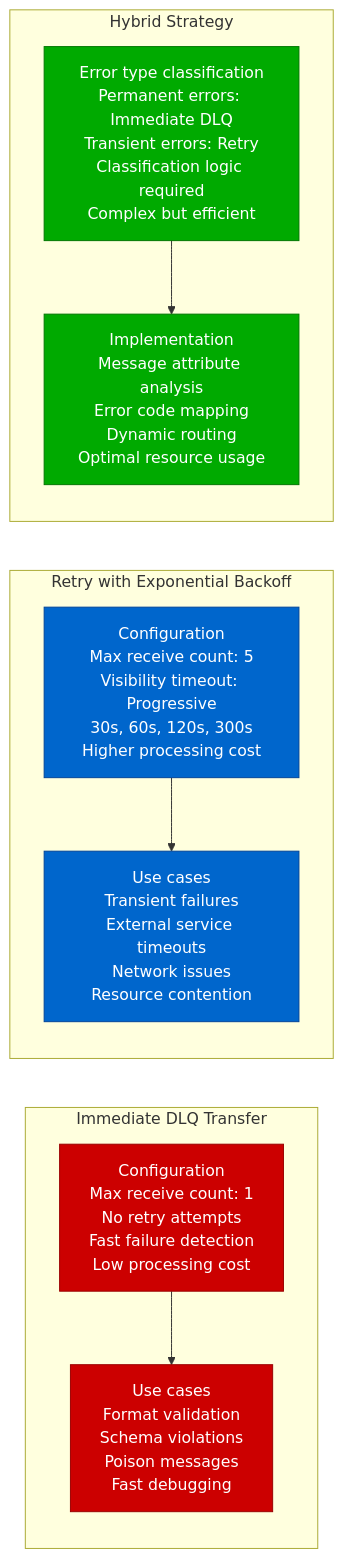
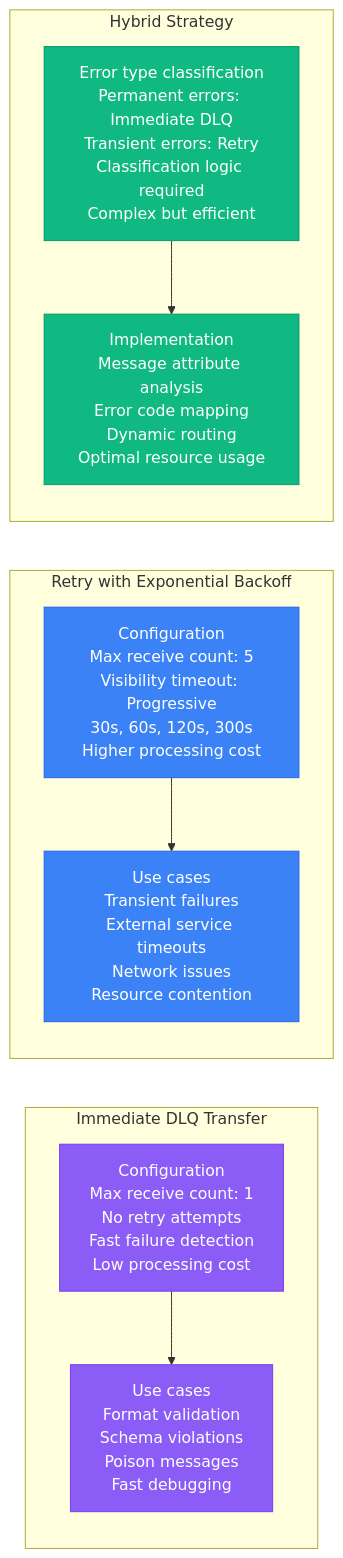
The ninth of 13 diagrams in site/docs/performance/sqs-sns-performance-profile.md (deepaucksharma/DS), drawn with Mermaid before and after one commit. The commit also changed other lines of this file and 303 other files, not shown here.

````diff
--- a/site/docs/performance/sqs-sns-performance-profile.md
+++ b/site/docs/performance/sqs-sns-performance-profile.md
@@ -325,34 +325,34 @@
 ```mermaid
 graph LR
     subgraph "Immediate DLQ Transfer"
         IMMEDIATE1[Configuration<br/>Max receive count: 1<br/>No retry attempts<br/>Fast failure detection<br/>Low processing cost]
 
         IMMEDIATE2[Use cases<br/>Format validation<br/>Schema violations<br/>Poison messages<br/>Fast debugging]
 
         IMMEDIATE1 --> IMMEDIATE2
     end
 
     subgraph "Retry with Exponential Backoff"
         RETRY1[Configuration<br/>Max receive count: 5<br/>Visibility timeout: Progressive<br/>30s, 60s, 120s, 300s<br/>Higher processing cost]
 
         RETRY2[Use cases<br/>Transient failures<br/>External service timeouts<br/>Network issues<br/>Resource contention]
 
         RETRY1 --> RETRY2
     end
 
     subgraph "Hybrid Strategy"
         HYBRID1[Error type classification<br/>Permanent errors: Immediate DLQ<br/>Transient errors: Retry<br/>Classification logic required<br/>Complex but efficient]
 
         HYBRID2[Implementation<br/>Message attribute analysis<br/>Error code mapping<br/>Dynamic routing<br/>Optimal resource usage]
 
         HYBRID1 --> HYBRID2
     end
 
-    classDef immediateStyle fill:#CC0000,stroke:#990000,color:#fff
-    classDef retryStyle fill:#0066CC,stroke:#004499,color:#fff
-    classDef hybridStyle fill:#00AA00,stroke:#007700,color:#fff
+    classDef immediateStyle fill:#8B5CF6,stroke:#7C3AED,color:#fff
+    classDef retryStyle fill:#3B82F6,stroke:#2563EB,color:#fff
+    classDef hybridStyle fill:#10B981,stroke:#059669,color:#fff
 
     class IMMEDIATE1,IMMEDIATE2 immediateStyle
     class RETRY1,RETRY2 retryStyle
     class HYBRID1,HYBRID2 hybridStyle
 ```
````
